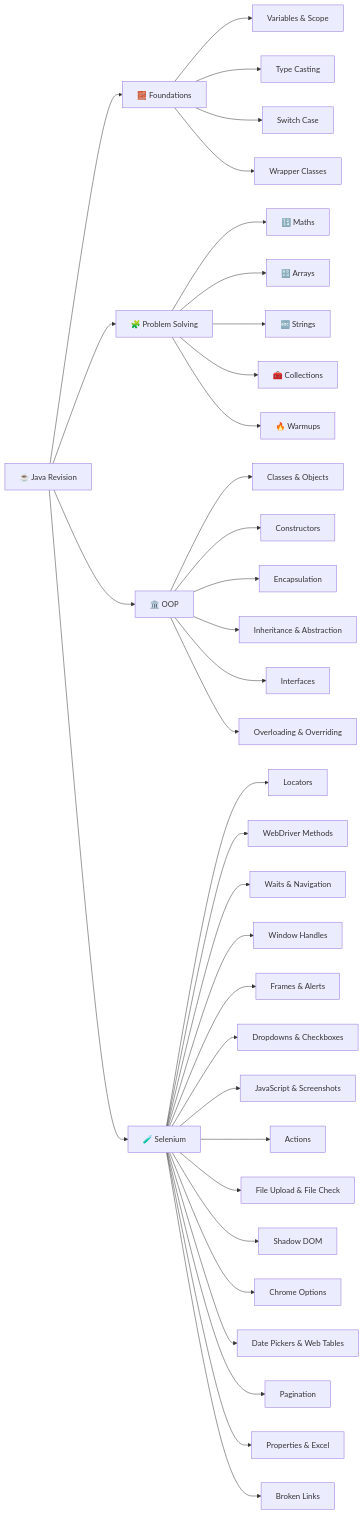
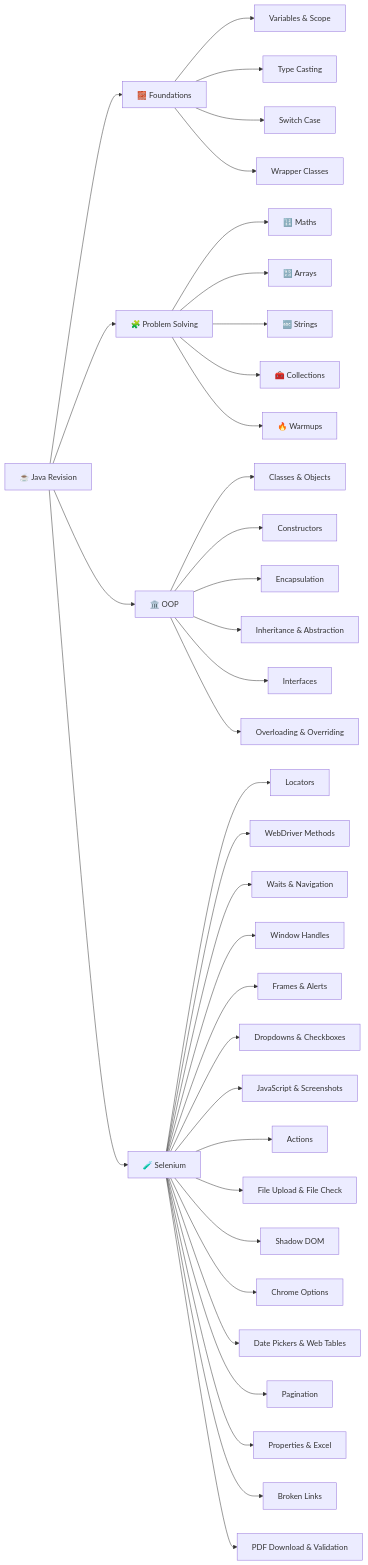
The diagram in Sep_2026_Practice/README.md (Sameer-Programmer/2026_Sep_Java_Rivision), drawn with Mermaid before and after one commit. The commit also changed other lines of this file, not shown here.

Commit message:
docs: update README for PDF validation practice

````diff
--- a/Sep_2026_Practice/README.md
+++ b/Sep_2026_Practice/README.md
@@ -36,41 +36,42 @@
 ```mermaid
 flowchart LR
     A[☕ Java Revision] --> B[🧱 Foundations]
     A --> C[🧩 Problem Solving]
     A --> D[🏛️ OOP]
     A --> E[🧪 Selenium]
 
     B --> B1[Variables & Scope]
     B --> B2[Type Casting]
     B --> B3[Switch Case]
     B --> B4[Wrapper Classes]
 
     C --> C1[🔢 Maths]
     C --> C2[🔡 Arrays]
     C --> C3[🔤 Strings]
     C --> C4[🧰 Collections]
     C --> C5[🔥 Warmups]
 
     D --> D1[Classes & Objects]
     D --> D2[Constructors]
     D --> D3[Encapsulation]
     D --> D4[Inheritance & Abstraction]
     D --> D5[Interfaces]
     D --> D6[Overloading & Overriding]
 
     E --> E1[Locators]
     E --> E2[WebDriver Methods]
     E --> E3[Waits & Navigation]
     E --> E4[Window Handles]
     E --> E5[Frames & Alerts]
     E --> E6[Dropdowns & Checkboxes]
     E --> E7[JavaScript & Screenshots]
     E --> E8[Actions]
     E --> E9[File Upload & File Check]
     E --> E10[Shadow DOM]
     E --> E11[Chrome Options]
     E --> E12[Date Pickers & Web Tables]
     E --> E13[Pagination]
     E --> E14[Properties & Excel]
     E --> E15[Broken Links]
+    E --> E16[PDF Download & Validation]
 ```
````
